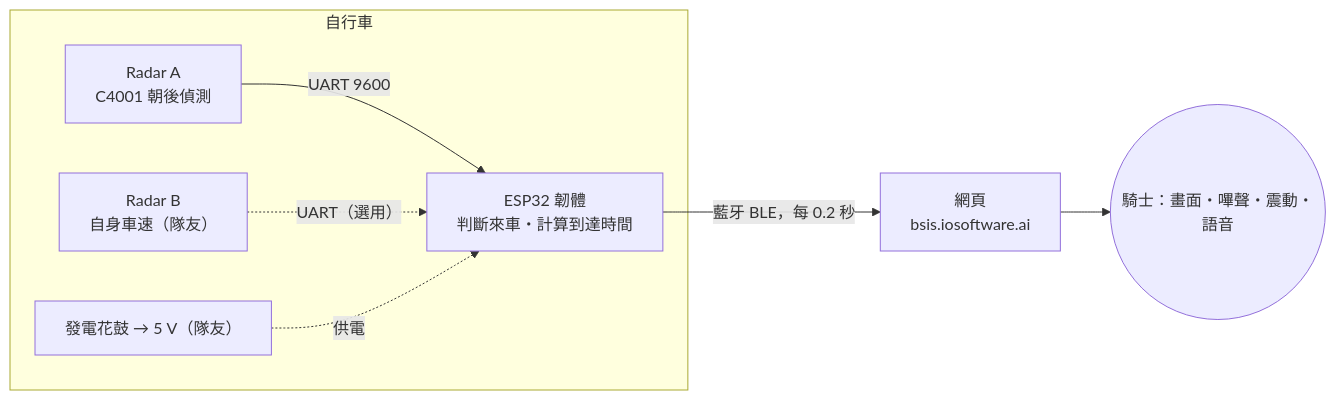
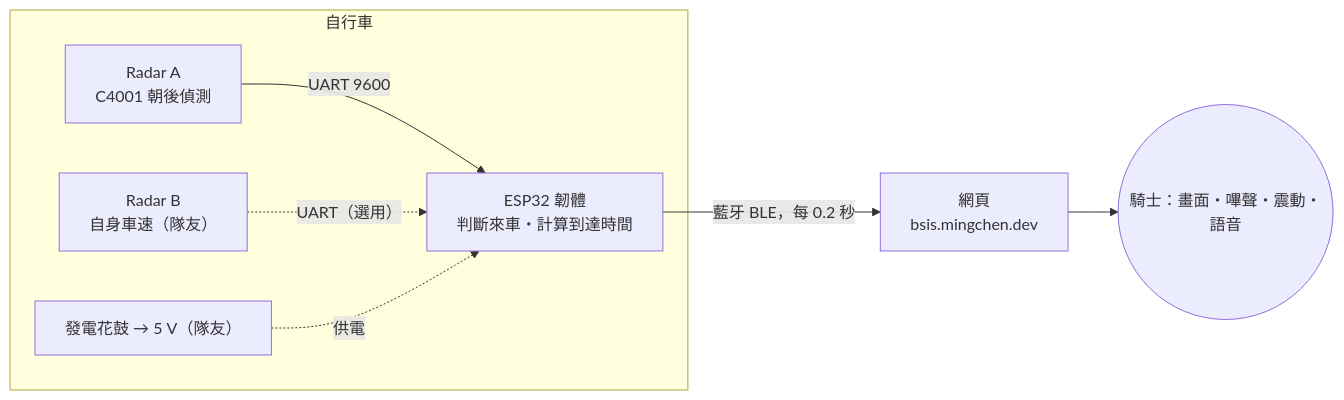
The diagram in README.md (Ming874/bsis-radar), drawn with Mermaid before and after one commit. The commit also changed other lines of this file and 6 other files, not shown here.

First line of the commit message:
網址改為 bsis.mingchen.dev

````diff
--- a/README.md
+++ b/README.md
@@ -37,10 +37,10 @@
 ```mermaid
 flowchart LR
   subgraph 自行車
     A["Radar A<br/>C4001 朝後偵測"] -- "UART 9600" --> E["ESP32 韌體<br/>判斷來車・計算到達時間"]
     B["Radar B<br/>自身車速（隊友）"] -. "UART（選用）" .-> E
     P["發電花鼓 → 5 V（隊友）"] -. 供電 .-> E
   end
-  E -- "藍牙 BLE，每 0.2 秒" --> W["網頁<br/>bsis.iosoftware.ai"]
+  E -- "藍牙 BLE，每 0.2 秒" --> W["網頁<br/>bsis.mingchen.dev"]
   W --> R(("騎士：畫面・嗶聲・震動・語音"))
 ```
````
